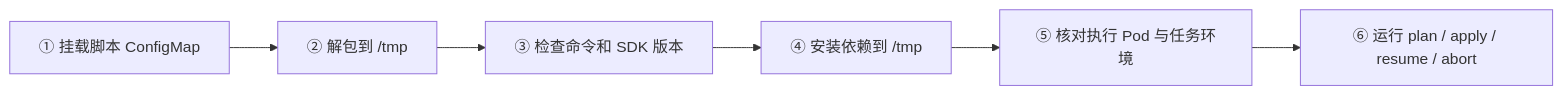
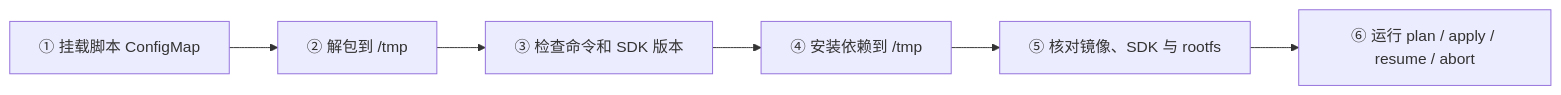
The first of 2 diagrams in deploy/docs/node-upgrade.md (iamWHTWD/AKernel), drawn with Mermaid before and after one commit. The commit also changed other lines of this file and 16 other files, not shown here.

````diff
--- a/deploy/docs/node-upgrade.md
+++ b/deploy/docs/node-upgrade.md
@@ -43,8 +44,8 @@
 ```mermaid
 flowchart LR
     A["① 挂载脚本 ConfigMap"] --> B["② 解包到 /tmp"]
     B --> C["③ 检查命令和 SDK 版本"]
     C --> D["④ 安装依赖到 /tmp"]
-    D --> E["⑤ 核对执行 Pod 与任务环境"]
+    D --> E["⑤ 核对镜像、SDK 与 rootfs"]
     E --> F["⑥ 运行 plan / apply / resume / abort"]
 ```
````
